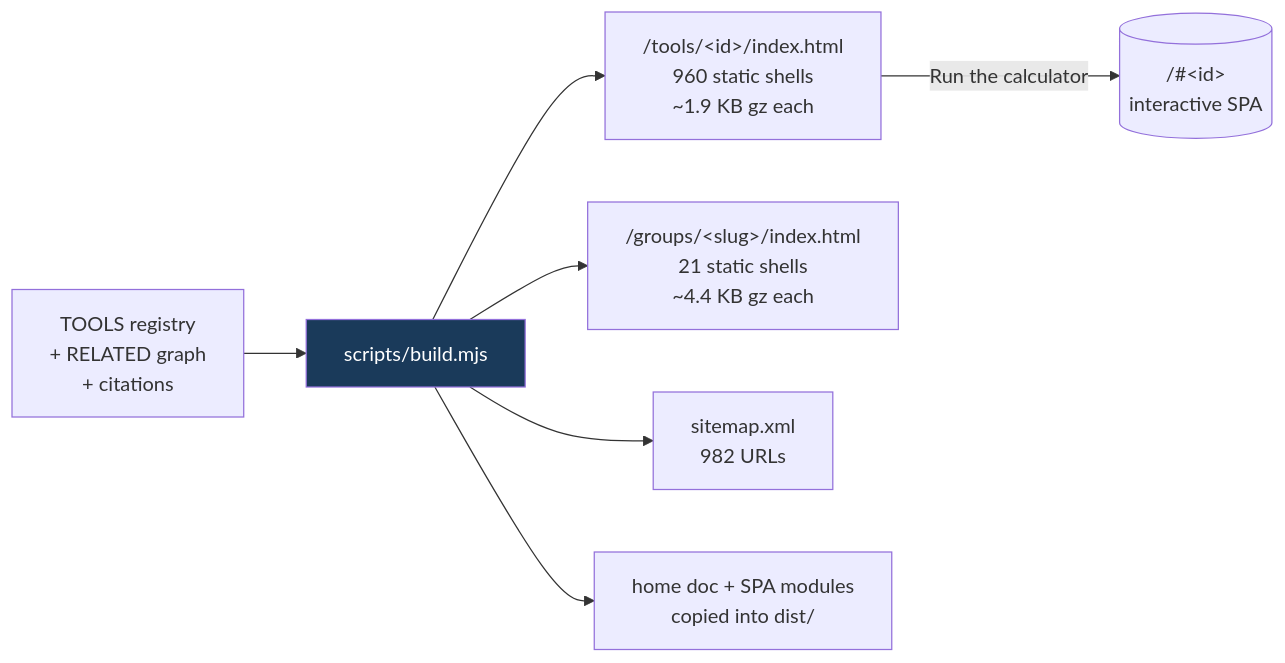
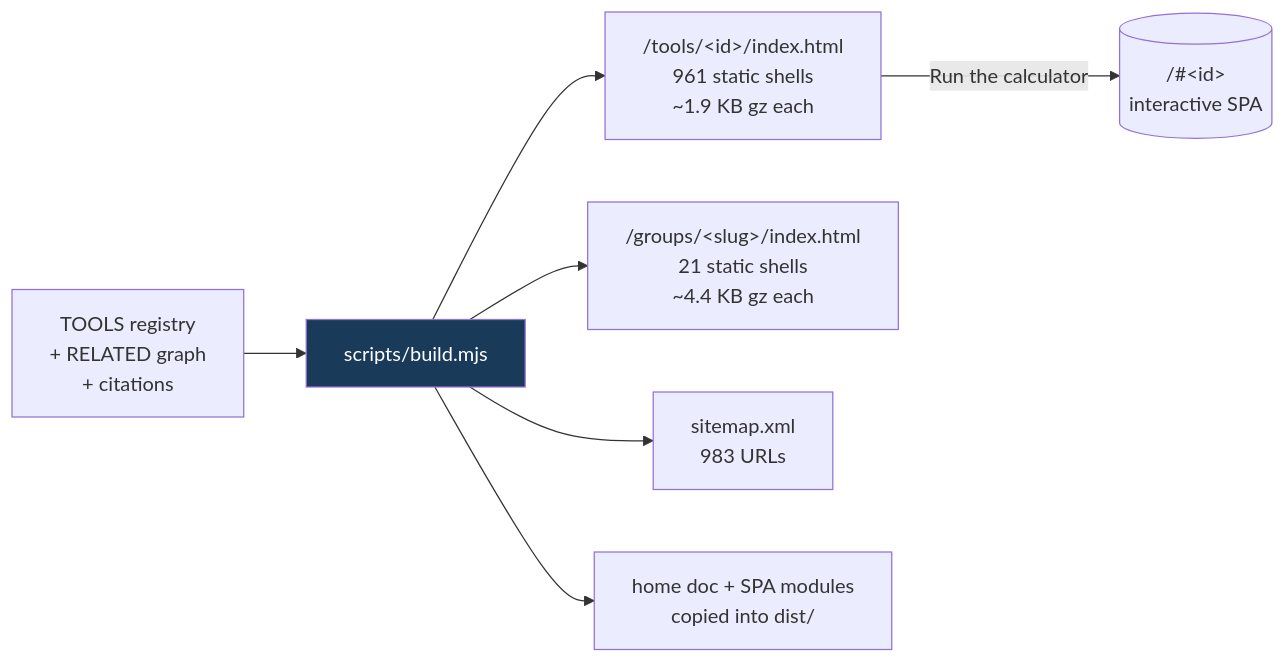
One commit to clay-good/roughlogic.com changed the fifth of 8 diagrams in README.md. Above: the diagram before and after it, drawn with Mermaid. The commit also changed other lines of this file and 14 other files, not shown here.

````diff
--- a/README.md
+++ b/README.md
@@ -495,10 +495,10 @@
 ```mermaid
 flowchart LR
     SRC[TOOLS registry\n+ RELATED graph\n+ citations] --> BUILD[scripts/build.mjs]
-    BUILD --> TILE["/tools/&lt;id&gt;/index.html\n960 static shells\n~1.9 KB gz each"]
+    BUILD --> TILE["/tools/&lt;id&gt;/index.html\n961 static shells\n~1.9 KB gz each"]
     BUILD --> GROUP["/groups/&lt;slug&gt;/index.html\n21 static shells\n~4.4 KB gz each"]
-    BUILD --> MAP["sitemap.xml\n982 URLs"]
+    BUILD --> MAP["sitemap.xml\n983 URLs"]
     BUILD --> COPY[home doc + SPA modules\ncopied into dist/]
     TILE -->|Run the calculator| SPA[("/#&lt;id&gt;\ninteractive SPA")]
     style BUILD fill:#1a3a5a,color:#fff
 ```
````
